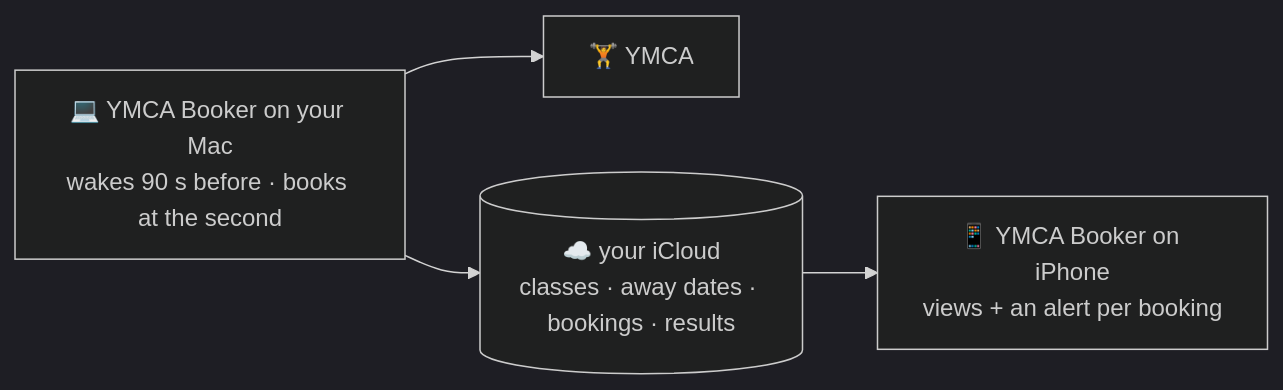
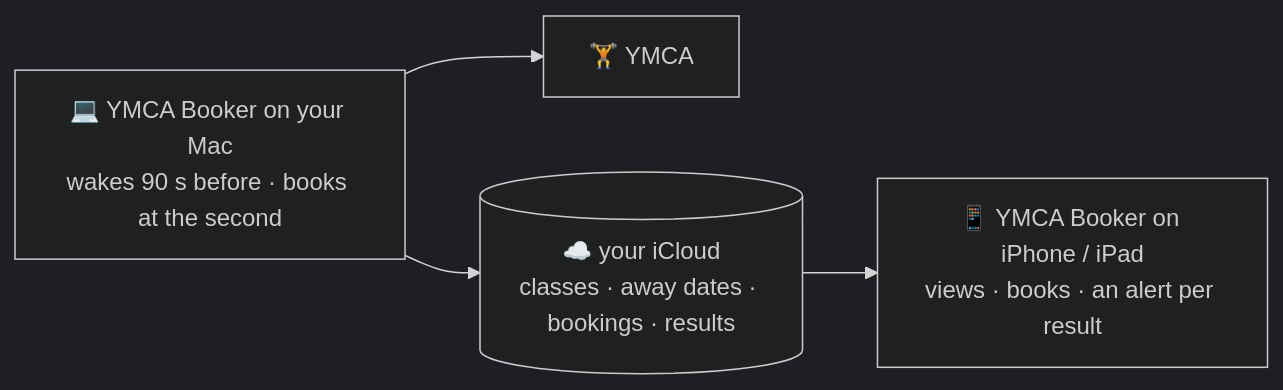
Before and after one commit to thomashan1/ymca-autobook: the diagram in README.md, drawn with Mermaid (dark theme). The commit also changed other lines of this file and 2 other files, not shown here.

````diff
--- a/README.md
+++ b/README.md
@@ -104,6 +35,6 @@
 ```mermaid
 flowchart LR
     mac["💻 YMCA Booker on your Mac<br/>wakes 90 s before · books at the second"] --> ymca["🏋️ YMCA"]
     mac --> icloud[("☁️ your iCloud<br/>classes · away dates · bookings · results")]
-    icloud --> phone["📱 YMCA Booker on iPhone<br/>views + an alert per booking"]
+    icloud --> phone["📱 YMCA Booker on iPhone / iPad<br/>views · books · an alert per result"]
 ```
````
